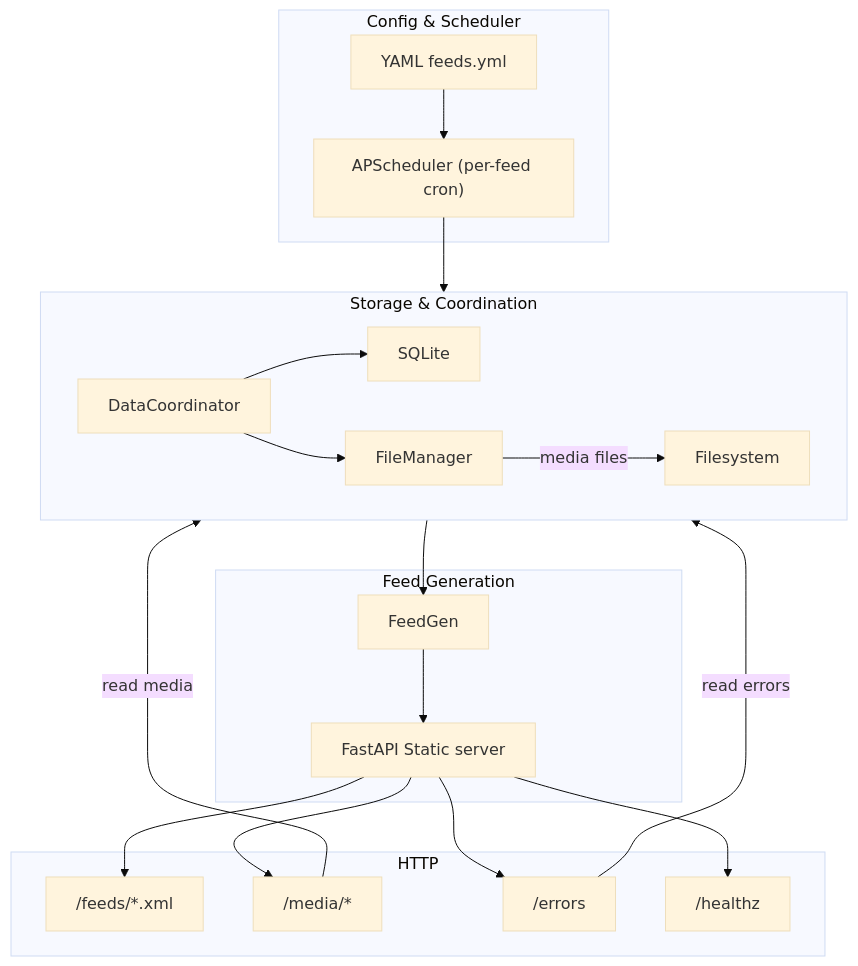
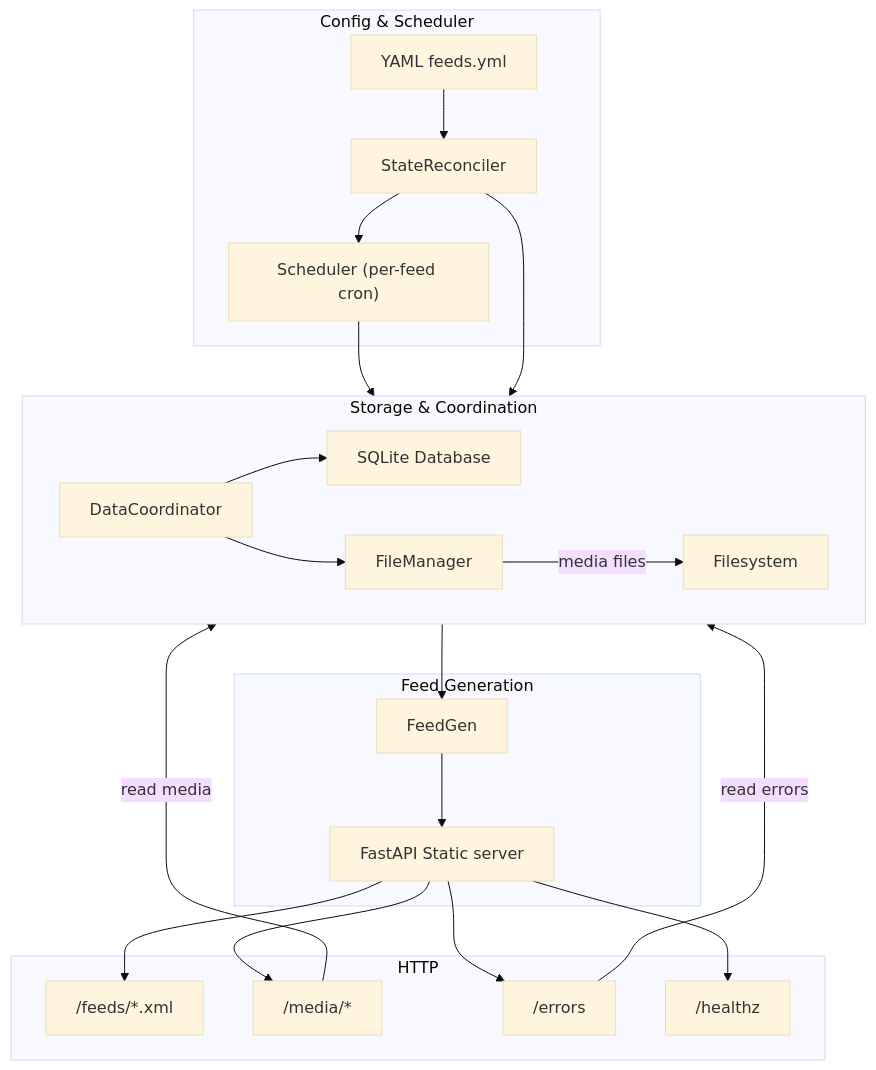
One commit to thurstonsand/anypod changed the first of 3 diagrams in DESIGN_DOC.md. Above: the diagram before and after it, drawn with Mermaid (base theme). The commit also changed other lines of this file and 19 other files, not shown here.

````diff
--- a/DESIGN_DOC.md
+++ b/DESIGN_DOC.md
@@ -45,40 +45,43 @@
 ```mermaid
 graph TD
   %% ─────── Config & Scheduling ───────
   subgraph Config & Scheduler
     A[YAML feeds.yml]
-    B["APScheduler (per-feed cron)"]
-    A --> B
+    B["Scheduler (per-feed cron)"]
+    SR[StateReconciler]
+    A --> SR
+    SR --> B
   end
 
   B --> DC
 
   %% ─────── Storage & Coordination ───────
   subgraph Storage & Coordination
     direction LR
     DC[DataCoordinator]
-    DB[SQLite]
+    DB[SQLite Database]
     FM[FileManager]
     DC --> DB
     DC --> FM
+    SR --> DB
     FM -- media files --> Disk[Filesystem]
   end
 
   %% ─────── Feed Generation ───────
   subgraph Feed Generation
     DC --> FG[FeedGen]
     FG --> G[FastAPI Static server]
   end
 
   %% ─────── HTTP ───────
   subgraph HTTP
     G --> I["/feeds/*.xml"]
     G --> J["/media/*"]
     G --> K["/errors"]
     G --> L["/healthz"]
   end
 
   %% Runtime look-ups back to storage via coordinator
   J -- read media --> DC
   K -- read errors --> DC
 ```
````
